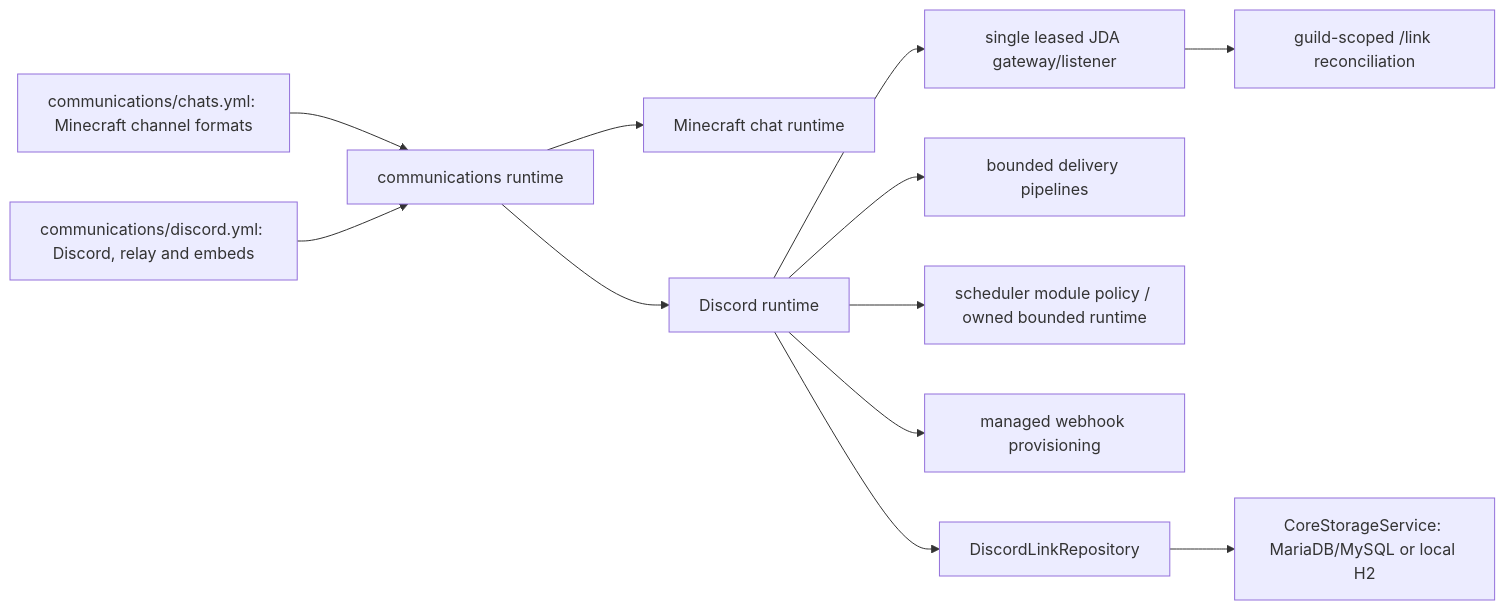
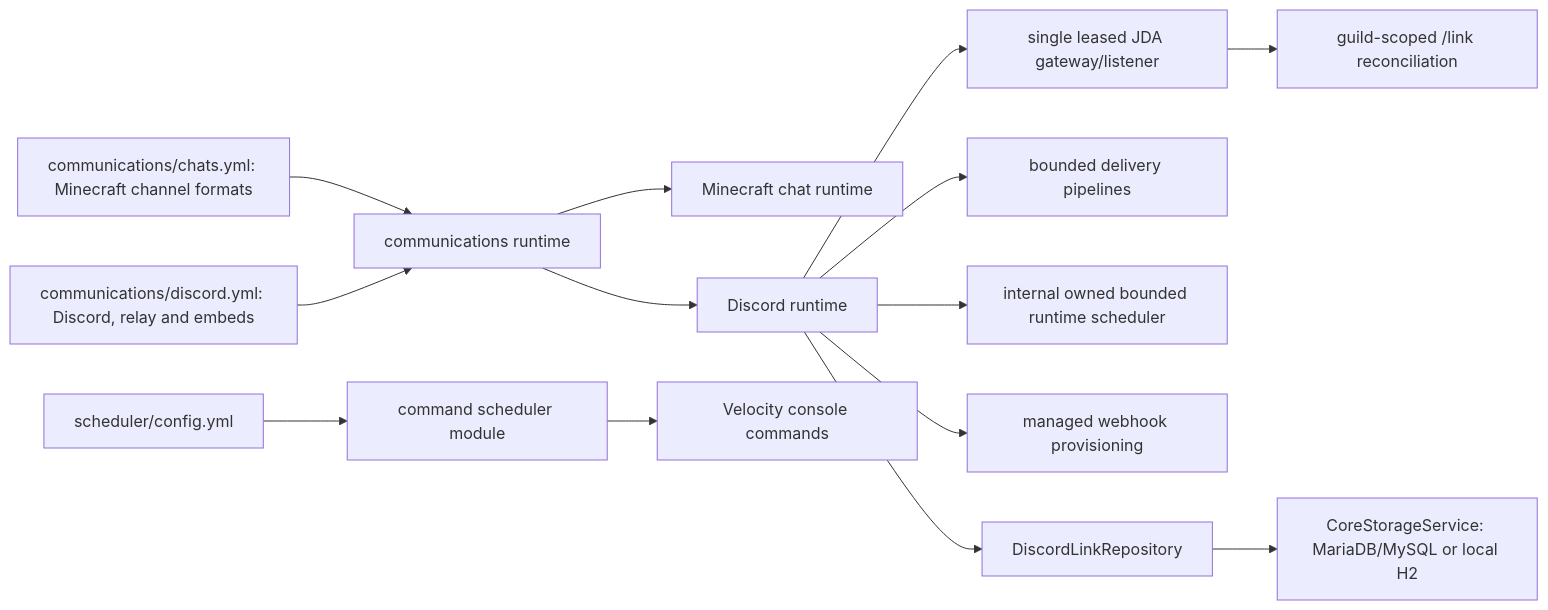
Before and after one commit to TensaCraft/TensaPlugin: the diagram in docs/PLUGIN_AUDIT.md, drawn with Mermaid. The commit also changed other lines of this file and 20 other files, not shown here.

First line of the commit message:
Add configurable recurring command scheduler

````diff
--- a/docs/PLUGIN_AUDIT.md
+++ b/docs/PLUGIN_AUDIT.md
@@ -41,14 +41,16 @@
 ```mermaid
 flowchart LR
     CY["communications/chats.yml: Minecraft channel formats"] --> CM["communications runtime"]
     DY["communications/discord.yml: Discord, relay and embeds"] --> CM
     CM --> CHAT["Minecraft chat runtime"]
     CM --> DR["Discord runtime"]
     DR --> GW["single leased JDA gateway/listener"]
     DR --> PIPE["bounded delivery pipelines"]
-    DR --> SCH["scheduler module policy / owned bounded runtime"]
+    DR --> IRS["internal owned bounded runtime scheduler"]
     DR --> WH["managed webhook provisioning"]
     DR --> REPO["DiscordLinkRepository"]
     REPO --> CORE["CoreStorageService: MariaDB/MySQL or local H2"]
+    SCY["scheduler/config.yml"] --> SCM["command scheduler module"]
+    SCM --> VC["Velocity console commands"]
     GW --> SLASH["guild-scoped /link reconciliation"]
 ```
````
